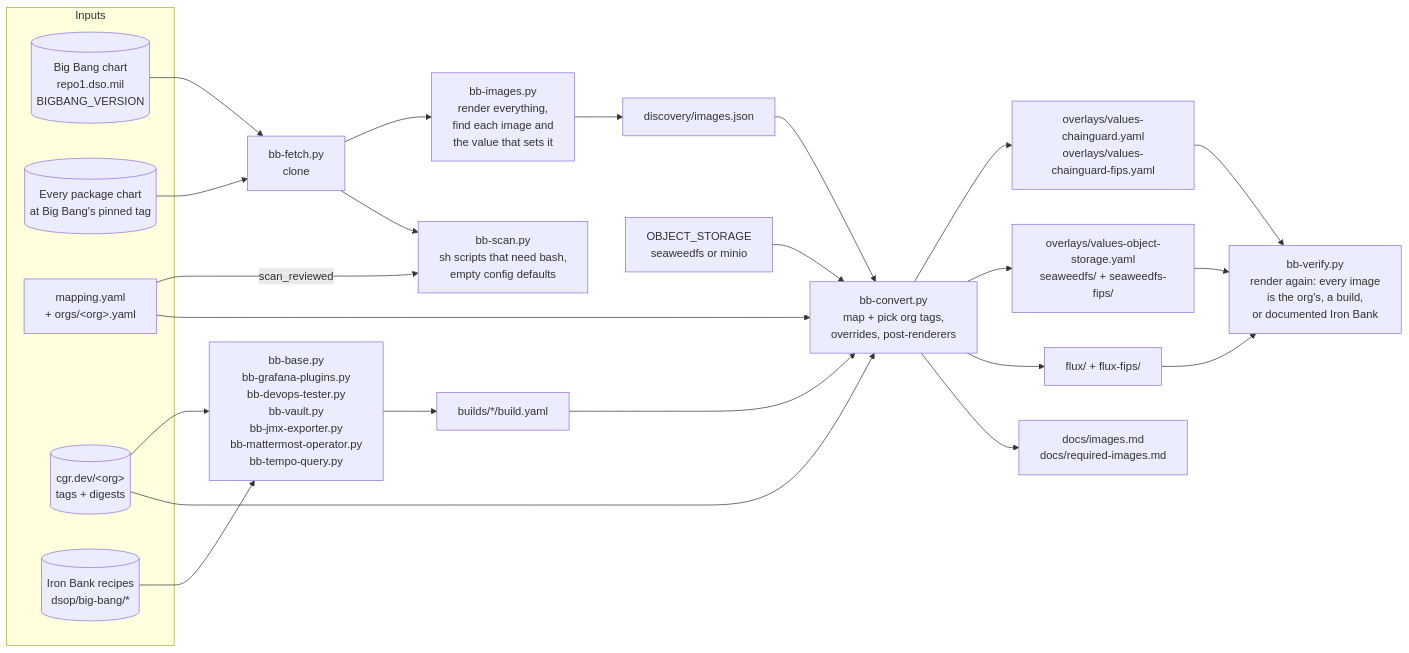
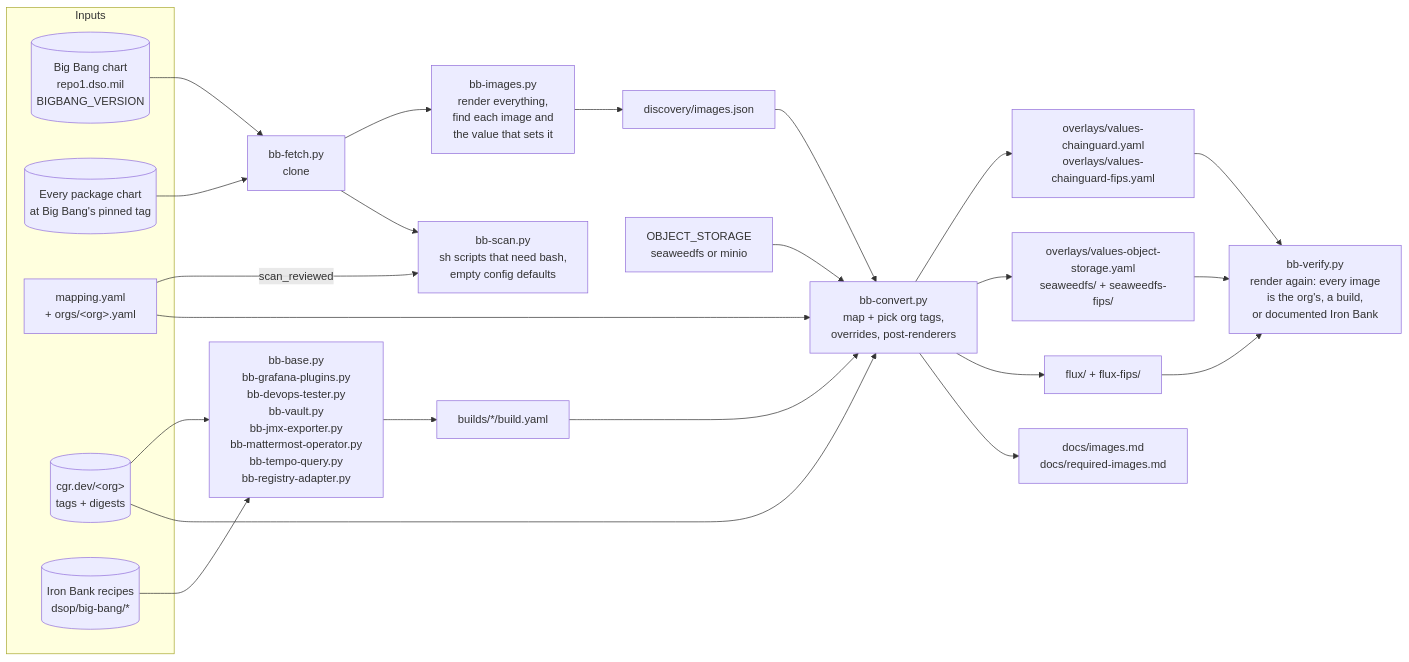
Before and after one commit to Zapata-Technology/bigbang-chainguard: the first of 9 diagrams in docs/architecture.md, drawn with Mermaid. The commit also changed other lines of this file and 14 other files, not shown here.

First line of the commit message:
Build NeuVector's registry-adapter from upstream source FROM the org's images

````diff
--- a/docs/architecture.md
+++ b/docs/architecture.md
@@ -10,36 +10,36 @@
 ```mermaid
 flowchart LR
     subgraph inputs[Inputs]
         BB[(Big Bang chart<br/>repo1.dso.mil<br/>BIGBANG_VERSION)]
         PK[(Every package chart<br/>at Big Bang's pinned tag)]
         MAP[mapping.yaml<br/>+ orgs/&lt;org&gt;.yaml]
         ORG[(cgr.dev/&lt;org&gt;<br/>tags + digests)]
         IB[(Iron Bank recipes<br/>dsop/big-bang/*)]
     end
 
     BB --> F[bb-fetch.py<br/>clone]
     PK --> F
     F --> D[bb-images.py<br/>render everything,<br/>find each image and<br/>the value that sets it]
     D --> DJ[discovery/images.json]
 
-    IB --> BLD[bb-base.py<br/>bb-grafana-plugins.py<br/>bb-devops-tester.py<br/>bb-vault.py<br/>bb-jmx-exporter.py<br/>bb-mattermost-operator.py<br/>bb-tempo-query.py]
+    IB --> BLD[bb-base.py<br/>bb-grafana-plugins.py<br/>bb-devops-tester.py<br/>bb-vault.py<br/>bb-jmx-exporter.py<br/>bb-mattermost-operator.py<br/>bb-tempo-query.py<br/>bb-registry-adapter.py]
     ORG --> BLD
     BLD --> BY[builds/*/build.yaml]
 
     F --> SC[bb-scan.py<br/>sh scripts that need bash,<br/>empty config defaults]
     MAP -- scan_reviewed --> SC
 
     DJ --> C[bb-convert.py<br/>map + pick org tags,<br/>overrides, post-renderers]
     MAP --> C
     ORG --> C
     BY --> C
     OS[OBJECT_STORAGE<br/>seaweedfs or minio] --> C
     C --> OV[overlays/values-chainguard.yaml<br/>overlays/values-chainguard-fips.yaml]
     C --> OSO[overlays/values-object-storage.yaml<br/>seaweedfs/ + seaweedfs-fips/]
     C --> FX[flux/ + flux-fips/]
     C --> DOC[docs/images.md<br/>docs/required-images.md]
 
     OV --> V[bb-verify.py<br/>render again: every image<br/>is the org's, a build,<br/>or documented Iron Bank]
     OSO --> V
     FX --> V
 ```
````
